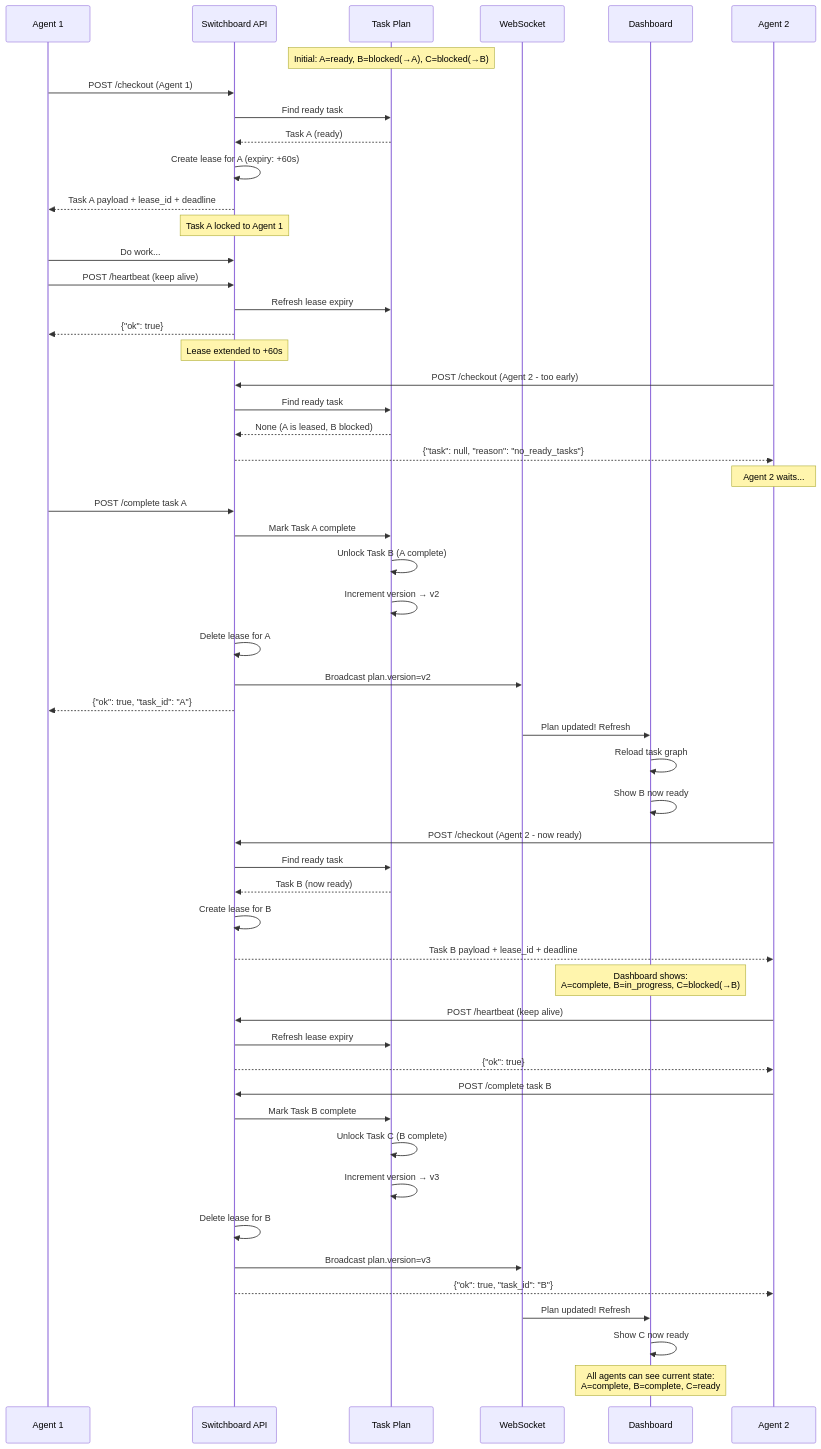
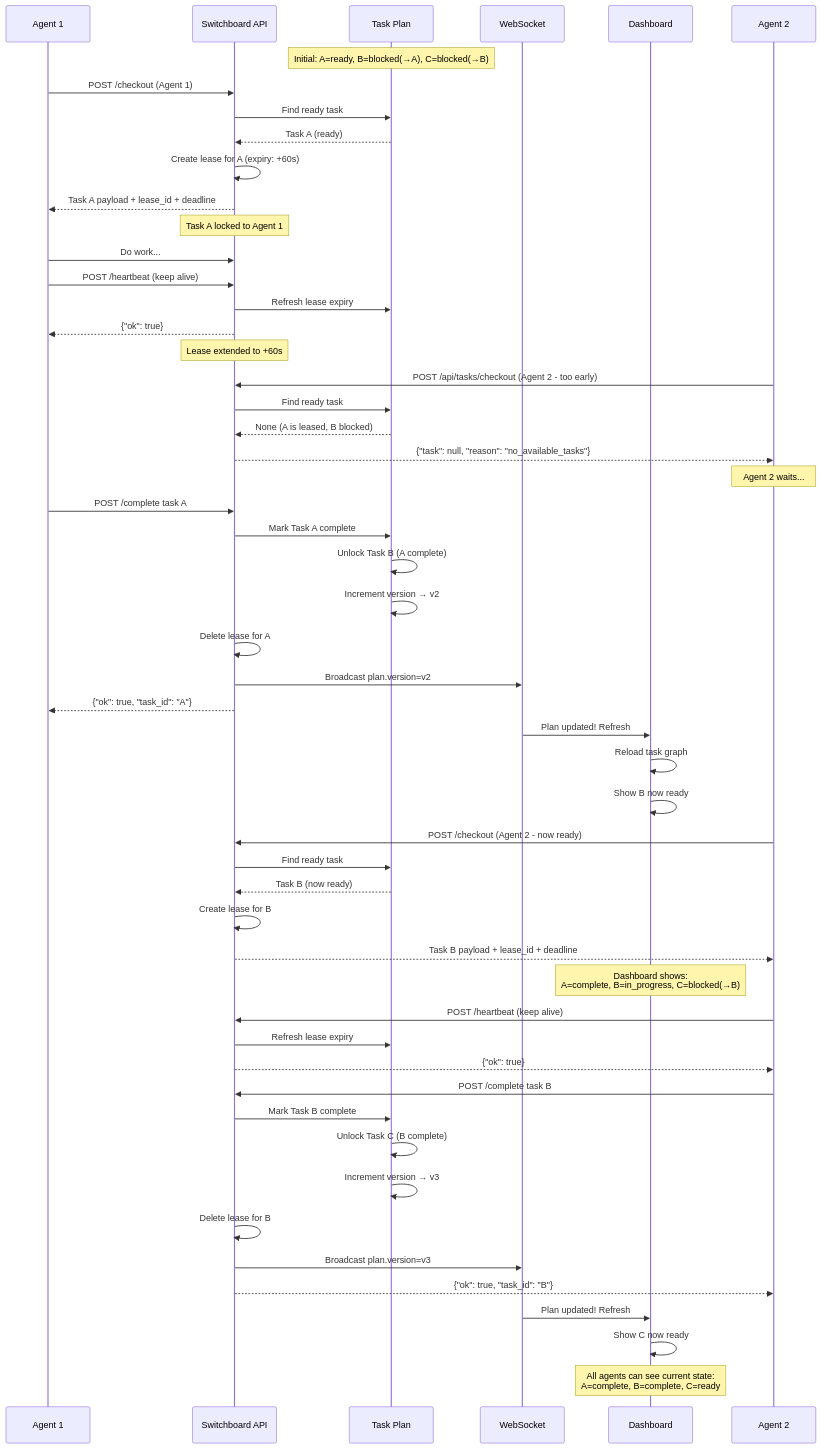
One commit to Nobodyworld/dev-agent-switchboard changed the diagram in docs/visuals/TWO_AGENT_WORKFLOW.md. Above: the diagram before and after it, drawn with Mermaid. The commit also changed 1 other file, not shown here.

Commit message:
docs(visual): correct implementation details in diagrams
- ARCHITECTURE_DIAGRAM.md: Fix endpoint path from /api/tasks/{id}/checkout to /api/tasks/checkout; correct path containment implementation to use pathlib.Path.resolve() not os.path.realpath(); clarify admin-token protection is conditional (only when configured)
- TWO_AGENT_WORKFLOW.md: Correct failure reason from no_ready_tasks to no_available_tasks per actual CheckoutFailureReason enum

````diff
--- a/docs/visuals/TWO_AGENT_WORKFLOW.md
+++ b/docs/visuals/TWO_AGENT_WORKFLOW.md
@@ -15,70 +15,70 @@
 ```mermaid
 sequenceDiagram
     participant A1 as Agent 1
     participant API as Switchboard API
     participant Plan as Task Plan
     participant WS as WebSocket
     participant DB as Dashboard
     participant A2 as Agent 2
 
     Note over Plan: Initial: A=ready, B=blocked(→A), C=blocked(→B)
 
     A1->>API: POST /checkout (Agent 1)
     API->>Plan: Find ready task
     Plan-->>API: Task A (ready)
     API->>API: Create lease for A (expiry: +60s)
     API-->>A1: Task A payload + lease_id + deadline
 
     Note over API: Task A locked to Agent 1
     A1->>API: Do work...
 
     A1->>API: POST /heartbeat (keep alive)
     API->>Plan: Refresh lease expiry
     API-->>A1: {"ok": true}
 
     Note over API: Lease extended to +60s
 
-    A2->>API: POST /checkout (Agent 2 - too early)
+    A2->>API: POST /api/tasks/checkout (Agent 2 - too early)
     API->>Plan: Find ready task
     Plan-->>API: None (A is leased, B blocked)
-    API-->>A2: {"task": null, "reason": "no_ready_tasks"}
+    API-->>A2: {"task": null, "reason": "no_available_tasks"}
 
     Note over A2: Agent 2 waits...
 
     A1->>API: POST /complete task A
     API->>Plan: Mark Task A complete
     Plan->>Plan: Unlock Task B (A complete)
     Plan->>Plan: Increment version → v2
     API->>API: Delete lease for A
     API->>WS: Broadcast plan.version=v2
     API-->>A1: {"ok": true, "task_id": "A"}
 
     WS->>DB: Plan updated! Refresh
     DB->>DB: Reload task graph
     DB->>DB: Show B now ready
 
     A2->>API: POST /checkout (Agent 2 - now ready)
     API->>Plan: Find ready task
     Plan-->>API: Task B (now ready)
     API->>API: Create lease for B
     API-->>A2: Task B payload + lease_id + deadline
 
     Note over DB: Dashboard shows:<br/>A=complete, B=in_progress, C=blocked(→B)
 
     A2->>API: POST /heartbeat (keep alive)
     API->>Plan: Refresh lease expiry
     API-->>A2: {"ok": true}
 
     A2->>API: POST /complete task B
     API->>Plan: Mark Task B complete
     Plan->>Plan: Unlock Task C (B complete)
     Plan->>Plan: Increment version → v3
     API->>API: Delete lease for B
     API->>WS: Broadcast plan.version=v3
     API-->>A2: {"ok": true, "task_id": "B"}
 
     WS->>DB: Plan updated! Refresh
     DB->>DB: Show C now ready
 
     Note over DB: All agents can see current state:<br/>A=complete, B=complete, C=ready
 ```
````
